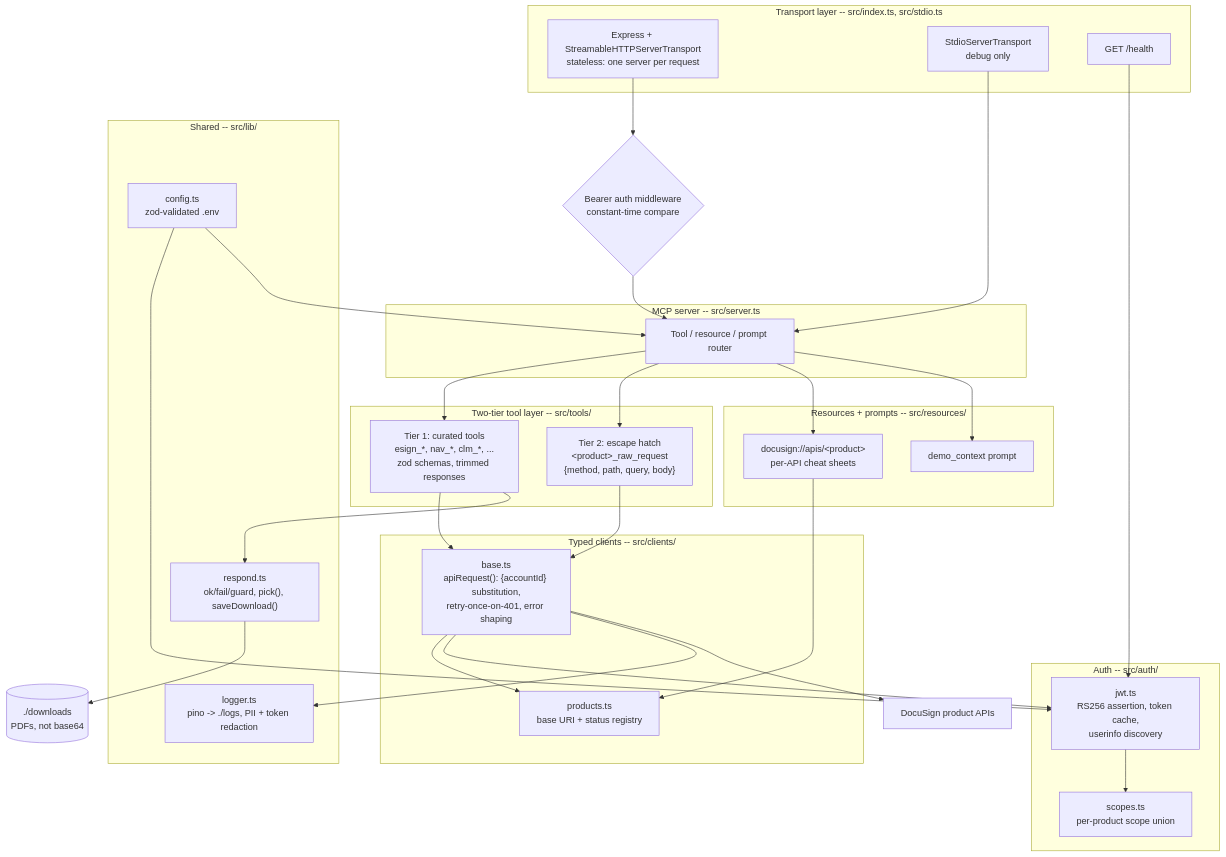
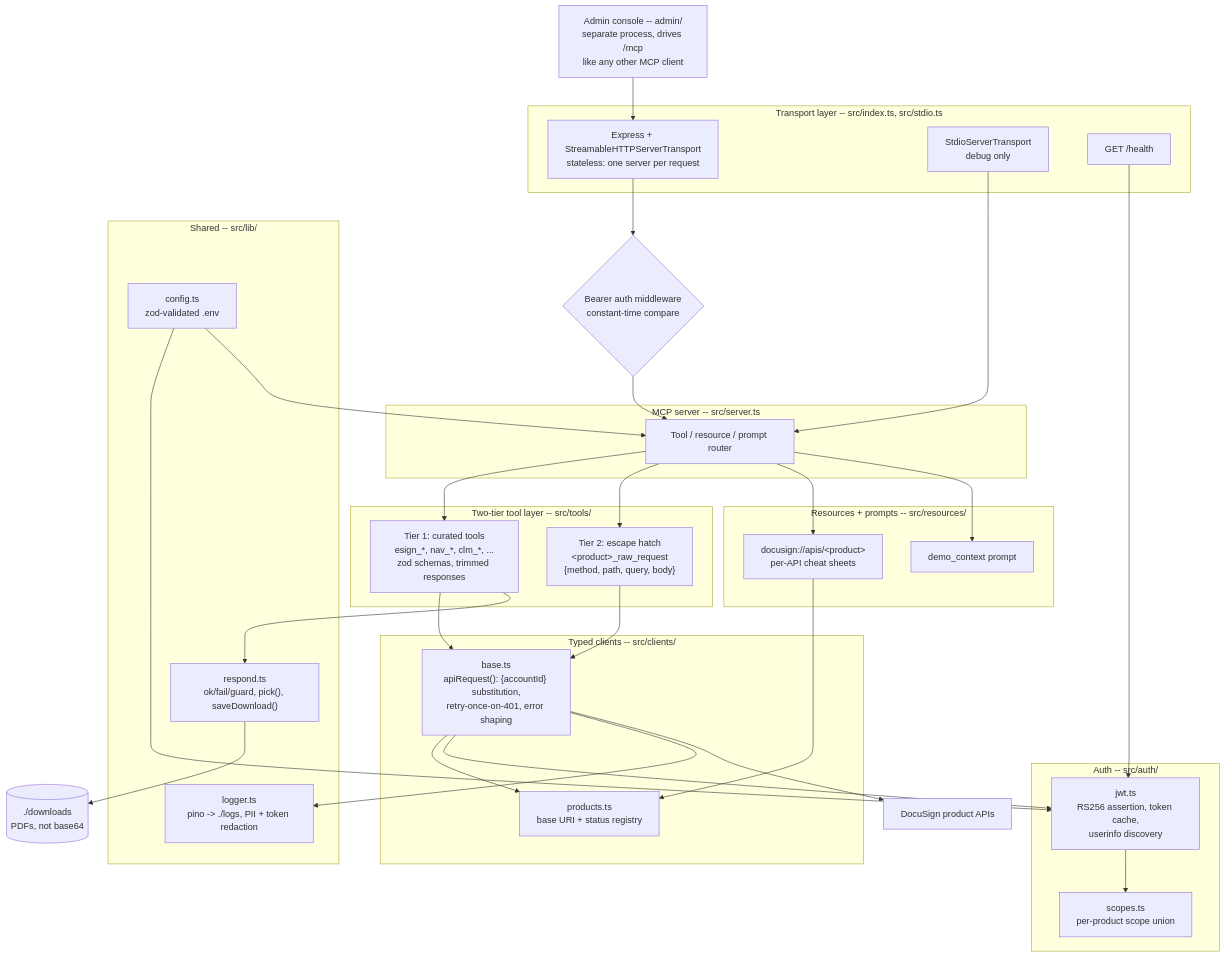
One commit to zach-woodward/zw-mcp changed the second of 3 diagrams in docs/ARCHITECTURE.md. Above: the diagram before and after it, drawn with Mermaid. The commit also changed other lines of this file and 5 other files, not shown here.

````diff
--- a/docs/ARCHITECTURE.md
+++ b/docs/ARCHITECTURE.md
@@ -88,63 +91,66 @@
 ```mermaid
 graph TD
+  ADMINAPP["Admin console -- admin/<br/>separate process, drives /mcp<br/>like any other MCP client"]
+
   subgraph transport["Transport layer -- src/index.ts, src/stdio.ts"]
     HTTP["Express + StreamableHTTPServerTransport<br/>stateless: one server per request"]
     STDIO["StdioServerTransport<br/>debug only"]
     HEALTH["GET /health"]
   end
 
   MW{"Bearer auth middleware<br/>constant-time compare"}
 
   subgraph mcp["MCP server -- src/server.ts"]
     ROUTER["Tool / resource / prompt router"]
   end
 
   subgraph tools["Two-tier tool layer -- src/tools/"]
     T1["Tier 1: curated tools<br/>esign_*, nav_*, clm_*, ...<br/>zod schemas, trimmed responses"]
     T2["Tier 2: escape hatch<br/>&lt;product&gt;_raw_request<br/>{method, path, query, body}"]
   end
 
   subgraph res["Resources + prompts -- src/resources/"]
     R["docusign://apis/&lt;product&gt;<br/>per-API cheat sheets"]
     P["demo_context prompt"]
   end
 
   subgraph clients["Typed clients -- src/clients/"]
     REG["products.ts<br/>base URI + status registry"]
     BASE["base.ts<br/>apiRequest(): {accountId} substitution,<br/>retry-once-on-401, error shaping"]
   end
 
   subgraph auth["Auth -- src/auth/"]
     JWT["jwt.ts<br/>RS256 assertion, token cache,<br/>userinfo discovery"]
     SCOPES["scopes.ts<br/>per-product scope union"]
   end
 
   subgraph lib["Shared -- src/lib/"]
     LOG["logger.ts<br/>pino -> ./logs, PII + token redaction"]
     RESP["respond.ts<br/>ok/fail/guard, pick(), saveDownload()"]
     CFG["config.ts<br/>zod-validated .env"]
   end
 
   DL[("./downloads<br/>PDFs, not base64")]
   DS["DocuSign product APIs"]
 
+  ADMINAPP --> HTTP
   HTTP --> MW --> ROUTER
   STDIO --> ROUTER
   ROUTER --> T1
   ROUTER --> T2
   ROUTER --> R
   ROUTER --> P
   T1 --> BASE
   T2 --> BASE
   R --> REG
   BASE --> REG
   BASE --> JWT
   JWT --> SCOPES
   BASE --> LOG
   T1 --> RESP
   RESP --> DL
   BASE --> DS
   HEALTH --> JWT
   CFG --> JWT
   CFG --> ROUTER
 ```
````
